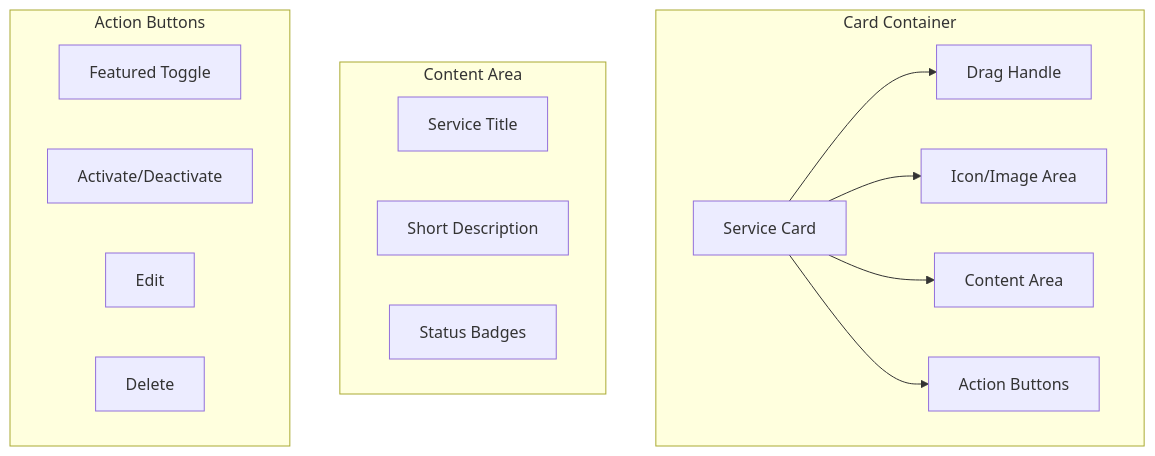
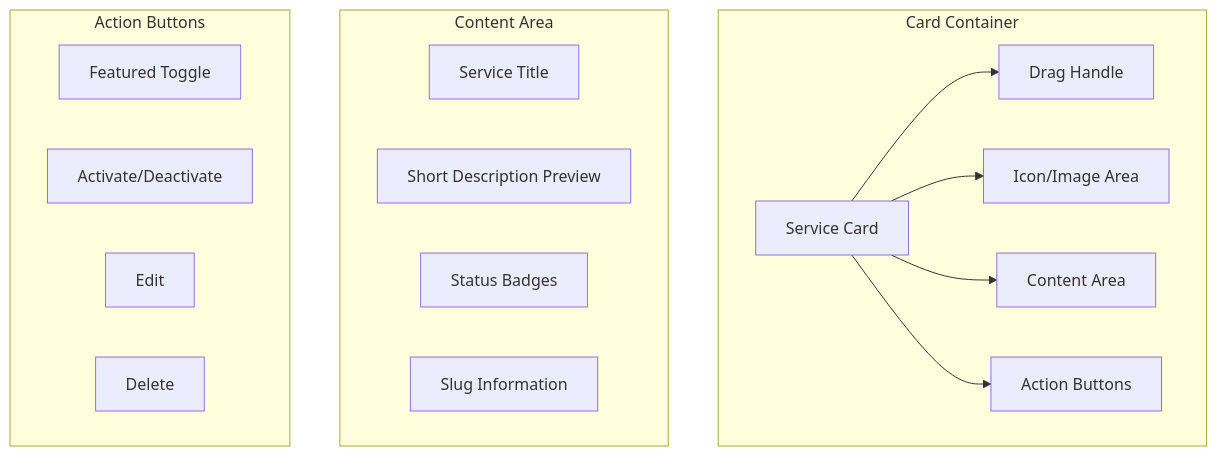
One commit to xLegarda/GreenAxis changed diagram 14 of 15 in .qoder/repowiki/en/content/Core Features Implementation/Administrative Features/Content Management System/Services Management Interface.md. Above: the diagram before and after it, drawn with Mermaid. The commit also changed other lines of this file and 42 other files, not shown here.

````diff
--- a/.qoder/repowiki/en/content/Core Features Implementation/Administrative Features/Content Management System/Services Management Interface.md
+++ b/.qoder/repowiki/en/content/Core Features Implementation/Administrative Features/Content Management System/Services Management Interface.md
@@ -381,21 +571,22 @@
 ```mermaid
 graph TB
 subgraph "Card Container"
 Card["Service Card"]
 Card --> DragHandle["Drag Handle"]
 Card --> IconArea["Icon/Image Area"]
 Card --> ContentArea["Content Area"]
 Card --> ActionButtons["Action Buttons"]
 end
 subgraph "Content Area"
 Title["Service Title"]
-Description["Short Description"]
+ShortDescription["Short Description Preview"]
 Badges["Status Badges"]
+SlugInfo["Slug Information"]
 end
 subgraph "Action Buttons"
 Featured["Featured Toggle"]
 Activate["Activate/Deactivate"]
 Edit["Edit"]
 Delete["Delete"]
 end
 ```
````
